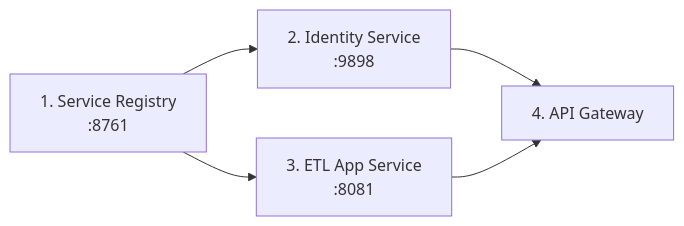
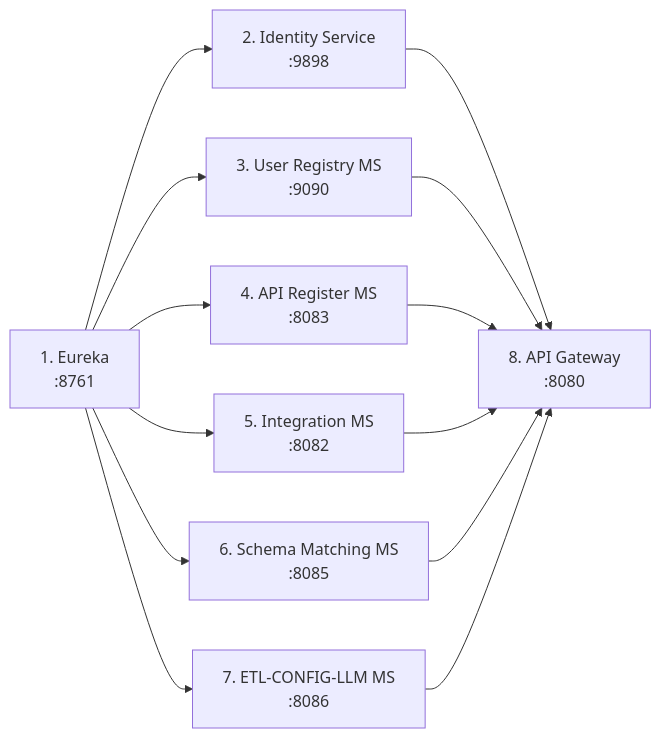
One commit to ByAncort/ETL-BACKEND changed the sixth of 7 diagrams in README.md. Above: the diagram before and after it, drawn with Mermaid. The commit also changed other lines of this file, not shown here.

````diff
--- a/README.md
+++ b/README.md
@@ -274,7 +494,15 @@
 ```mermaid
 flowchart LR
-    A["1. Service Registry\n:8761"] --> B["2. Identity Service\n:9898"]
-    A --> C["3. ETL App Service\n:8081"]
-    B --> D["4. API Gateway"]
-    C --> D
+    A["1. Eureka\n:8761"] --> B["2. Identity Service\n:9898"]
+    A --> C["3. User Registry MS\n:9090"]
+    A --> D["4. API Register MS\n:8083"]
+    A --> E["5. Integration MS\n:8082"]
+    A --> F["6. Schema Matching MS\n:8085"]
+    A --> G["7. ETL-CONFIG-LLM MS\n:8086"]
+    B --> GW["8. API Gateway\n:8080"]
+    C --> GW
+    D --> GW
+    E --> GW
+    F --> GW
+    G --> GW
 ```
````
